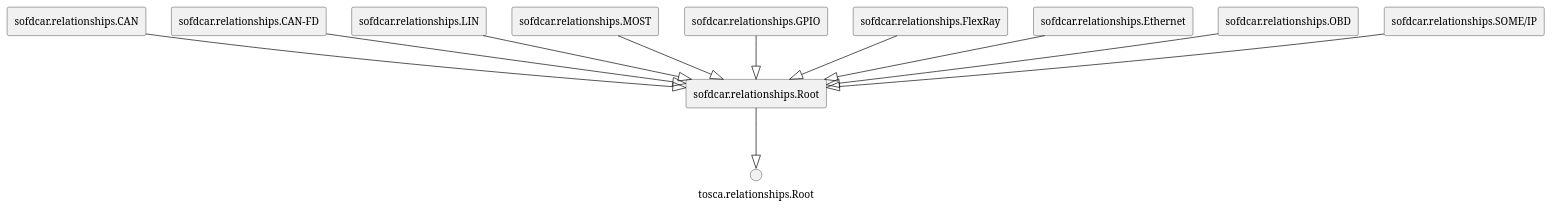
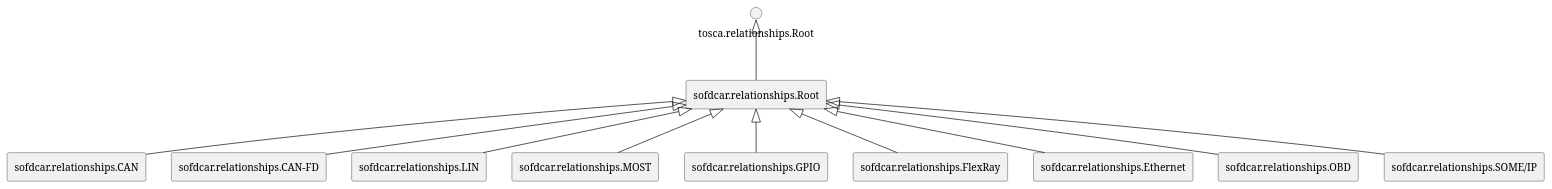
The diagram in docs/docs/sofdcar/tosca-sofdcar-profile.relationship-types.puml (OpenTOSCA/opentosca-vintner), drawn with PlantUML before and after one commit. The commit also changed 28 other files, not shown here.

```diff
--- a/docs/docs/sofdcar/tosca-sofdcar-profile.relationship-types.puml
+++ b/docs/docs/sofdcar/tosca-sofdcar-profile.relationship-types.puml
@@ -1,46 +1,46 @@
 @startuml
 skinparam componentStyle rectangle
 
 
 rectangle "sofdcar.relationships.Root"
 
 rectangle "sofdcar.relationships.CAN"
 
 rectangle "sofdcar.relationships.CAN-FD"
 
 rectangle "sofdcar.relationships.LIN"
 
 rectangle "sofdcar.relationships.MOST"
 
 rectangle "sofdcar.relationships.GPIO"
 
 rectangle "sofdcar.relationships.FlexRay"
 
 rectangle "sofdcar.relationships.Ethernet"
 
 rectangle "sofdcar.relationships.OBD"
 
 rectangle "sofdcar.relationships.SOME/IP"
 
 
-"sofdcar.relationships.Root" --|> "tosca.relationships.Root"
+"tosca.relationships.Root" <|-- "sofdcar.relationships.Root"
 
-"sofdcar.relationships.CAN" --|> "sofdcar.relationships.Root"
+"sofdcar.relationships.Root" <|-- "sofdcar.relationships.CAN"
 
-"sofdcar.relationships.CAN-FD" --|> "sofdcar.relationships.Root"
+"sofdcar.relationships.Root" <|-- "sofdcar.relationships.CAN-FD"
 
-"sofdcar.relationships.LIN" --|> "sofdcar.relationships.Root"
+"sofdcar.relationships.Root" <|-- "sofdcar.relationships.LIN"
 
-"sofdcar.relationships.MOST" --|> "sofdcar.relationships.Root"
+"sofdcar.relationships.Root" <|-- "sofdcar.relationships.MOST"
 
-"sofdcar.relationships.GPIO" --|> "sofdcar.relationships.Root"
+"sofdcar.relationships.Root" <|-- "sofdcar.relationships.GPIO"
 
-"sofdcar.relationships.FlexRay" --|> "sofdcar.relationships.Root"
+"sofdcar.relationships.Root" <|-- "sofdcar.relationships.FlexRay"
 
-"sofdcar.relationships.Ethernet" --|> "sofdcar.relationships.Root"
+"sofdcar.relationships.Root" <|-- "sofdcar.relationships.Ethernet"
 
-"sofdcar.relationships.OBD" --|> "sofdcar.relationships.Root"
+"sofdcar.relationships.Root" <|-- "sofdcar.relationships.OBD"
 
-"sofdcar.relationships.SOME/IP" --|> "sofdcar.relationships.Root"
+"sofdcar.relationships.Root" <|-- "sofdcar.relationships.SOME/IP"
 
 @enduml
```
